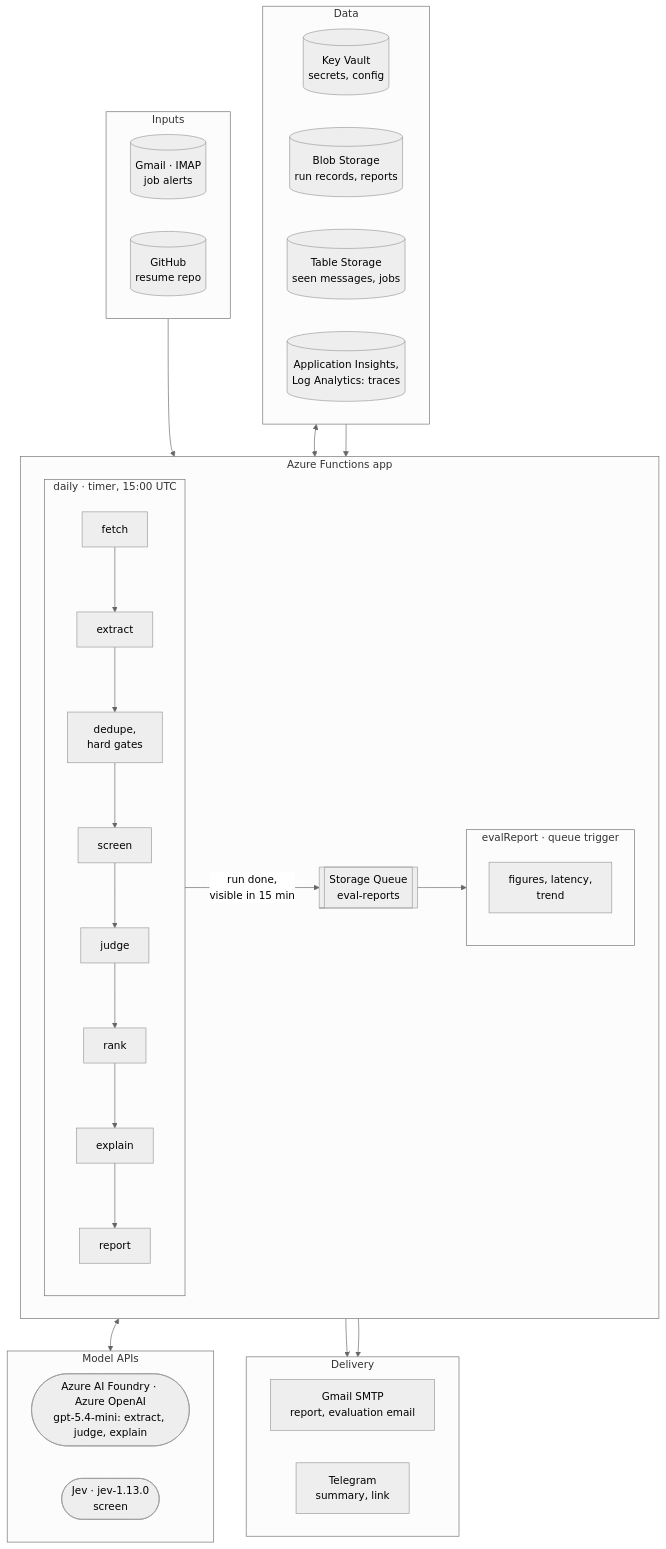
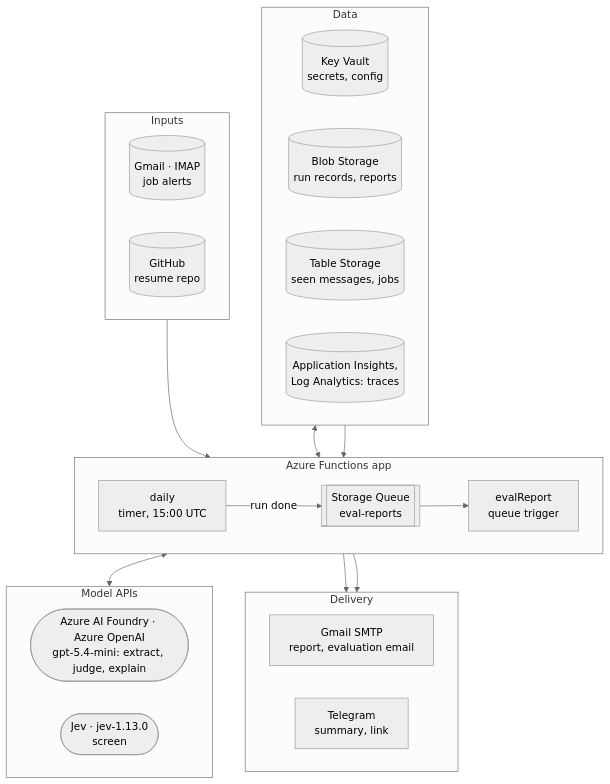
Before and after one commit to PCBZ/job-scan: the first of 3 diagrams in README.md, drawn with Mermaid (neutral theme). The commit also changed other lines of this file, not shown here.

Commit message:
docs(readme): badges without a table; the architecture shows each function as one box, with a chart each for daily and evalReport

````diff
--- a/README.md
+++ b/README.md
@@ -27,48 +25,43 @@
 ```mermaid
 flowchart TB
   subgraph inputs [Inputs]
     direction LR
     gmail[(Gmail · IMAP<br/>job alerts)]
     github[(GitHub<br/>resume repo)]
   end
 
   subgraph app [Azure Functions app]
     direction LR
-    subgraph daily ["daily · timer, 15:00 UTC"]
-      direction TB
-      fetch --> extract --> gates[dedupe,<br/>hard gates] --> screen --> judge --> rank --> explain --> report
-    end
+    daily["daily<br/>timer, 15:00 UTC"]
     queue[[Storage Queue<br/>eval-reports]]
-    subgraph evalfn ["evalReport · queue trigger"]
-      evaluate[figures, latency,<br/>trend]
-    end
-    daily -- "run done,<br/>visible in 15 min" --> queue --> evalfn
+    evalfn["evalReport<br/>queue trigger"]
+    daily -- "run done" --> queue --> evalfn
   end
 
   subgraph apis [Model APIs]
     direction LR
     openai(["Azure AI Foundry · Azure OpenAI<br/>gpt-5.4-mini: extract, judge, explain"])
     jev([Jev · jev-1.13.0<br/>screen])
   end
 
   subgraph data [Data]
     direction LR
     vault[(Key Vault<br/>secrets, config)]
     blob[(Blob Storage<br/>run records, reports)]
     table[(Table Storage<br/>seen messages, jobs)]
     logs[("Application Insights,<br/>Log Analytics: traces")]
   end
 
   subgraph out [Delivery]
     direction LR
     smtp[Gmail SMTP<br/>report, evaluation email]
     tg[Telegram<br/>summary, link]
   end
 
   inputs --> daily
   daily <--> apis
   data <--> daily
   data --> evalfn
   daily --> out
   evalfn --> out
 ```
````
